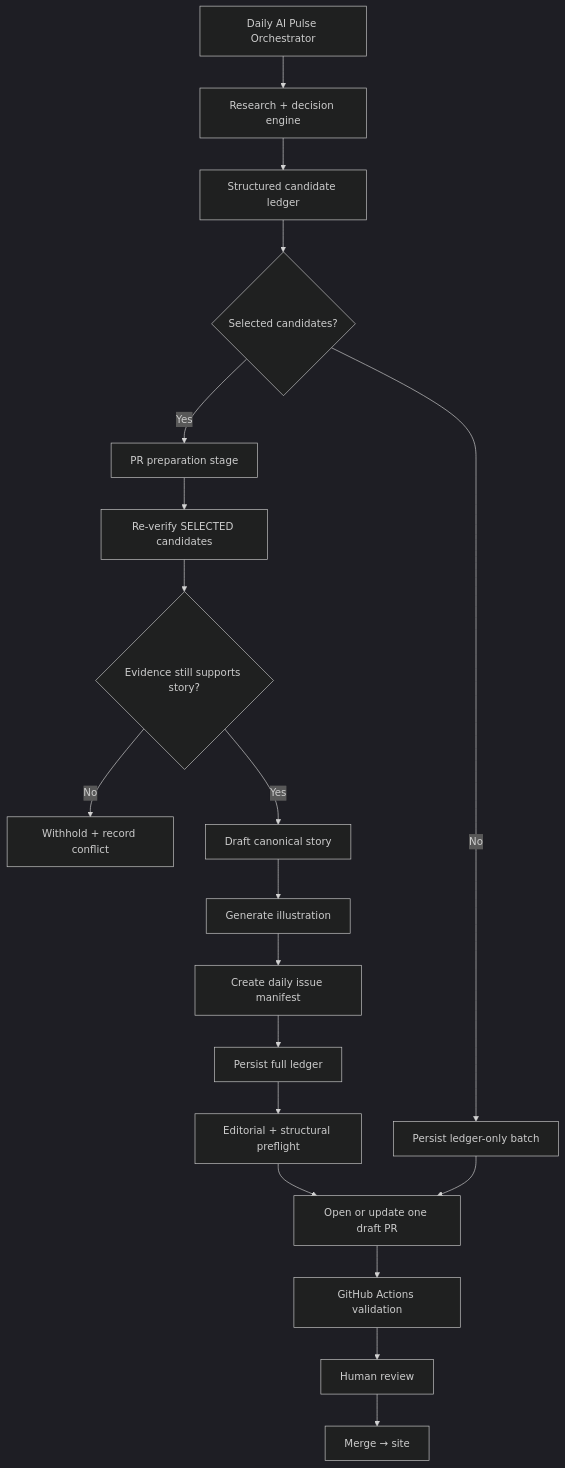
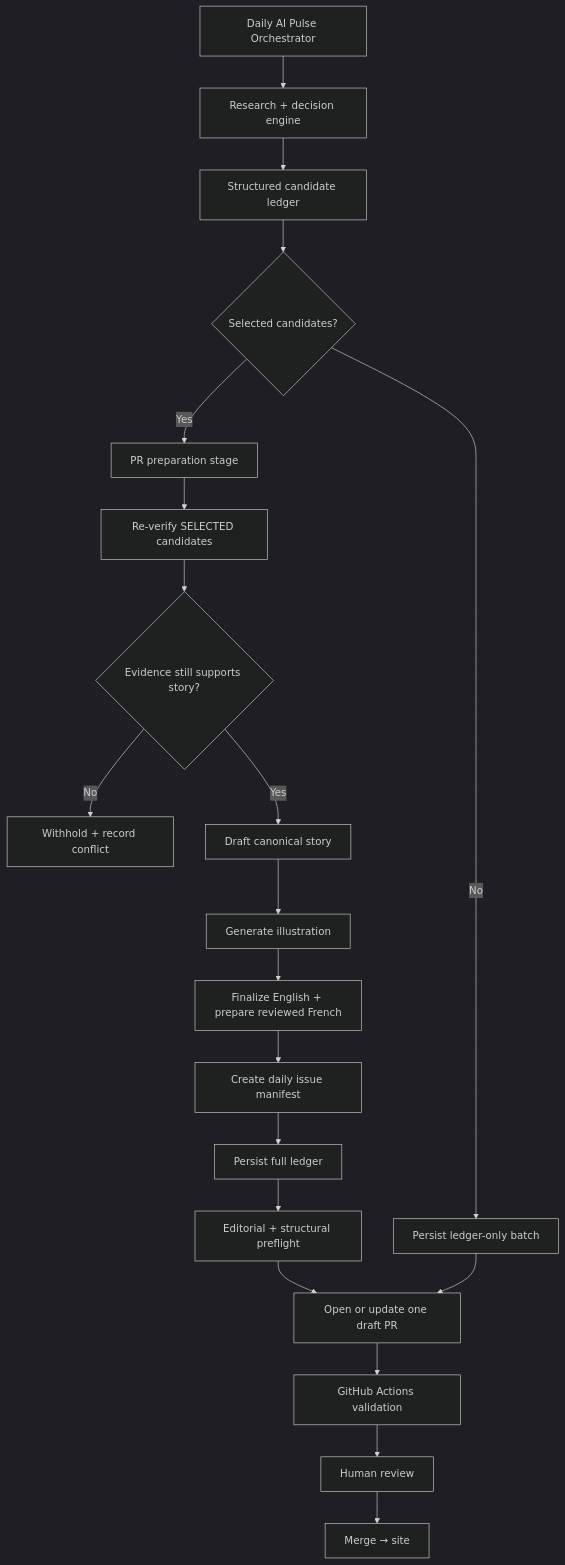
Before and after one commit to GadDev/daily-ai-pulse: the diagram in docs/editorial/PR_PREPARATION_V1.md, drawn with Mermaid (dark theme). The commit also changed other lines of this file and 16 other files, not shown here.

Commit message:
feat(translations): integrate French review into daily editorial preparation (#174)

````diff
--- a/docs/editorial/PR_PREPARATION_V1.md
+++ b/docs/editorial/PR_PREPARATION_V1.md
@@ -19,26 +19,27 @@
 ```mermaid
 flowchart TD
     A["Daily AI Pulse Orchestrator"] --> B["Research + decision engine"]
     B --> C["Structured candidate ledger"]
     C --> D{"Selected candidates?"}
 
     D -->|No| E["Persist ledger-only batch"]
     D -->|Yes| F["PR preparation stage"]
 
     F --> G["Re-verify SELECTED candidates"]
     G --> H{"Evidence still supports story?"}
     H -->|No| I["Withhold + record conflict"]
     H -->|Yes| J["Draft canonical story"]
 
     J --> K["Generate illustration"]
-    K --> L["Create daily issue manifest"]
+    K --> T["Finalize English + prepare reviewed French"]
+    T --> L["Create daily issue manifest"]
     L --> M["Persist full ledger"]
     M --> N["Editorial + structural preflight"]
     N --> O["Open or update one draft PR"]
 
     E --> O
 
     O --> P["GitHub Actions validation"]
     P --> Q["Human review"]
     Q --> R["Merge → site"]
 ```
````
